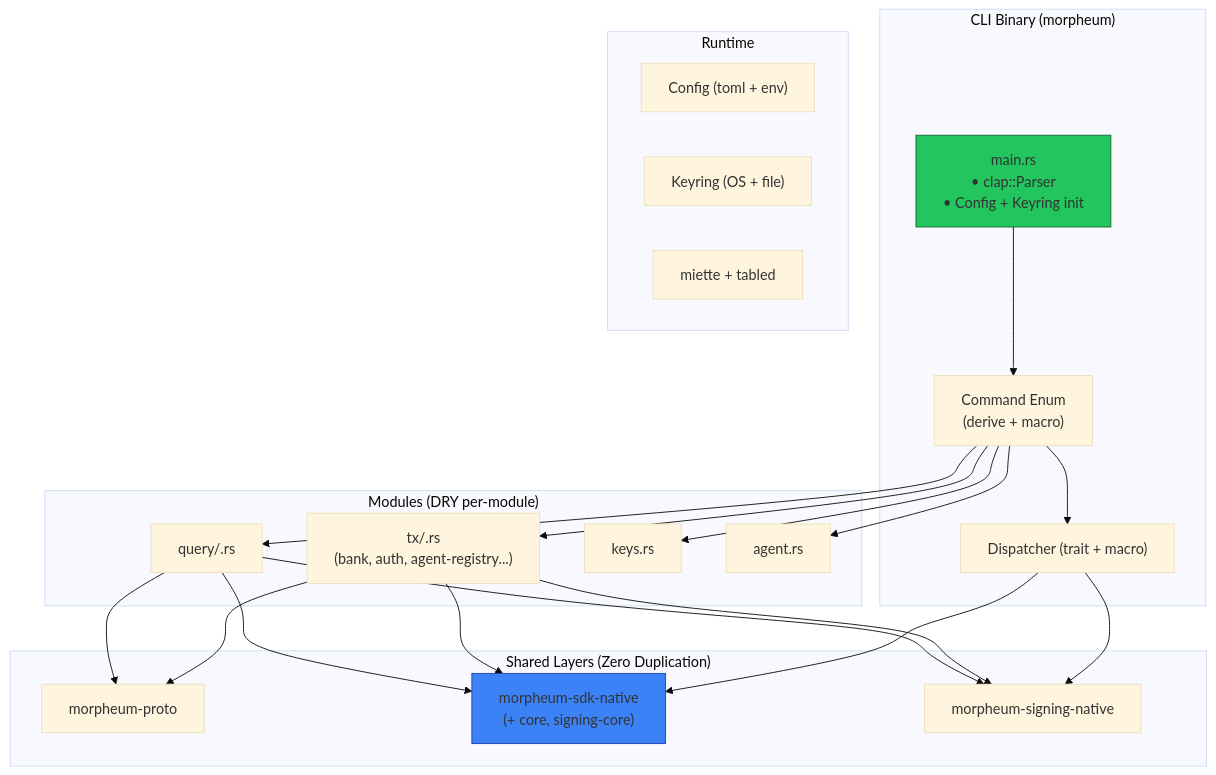
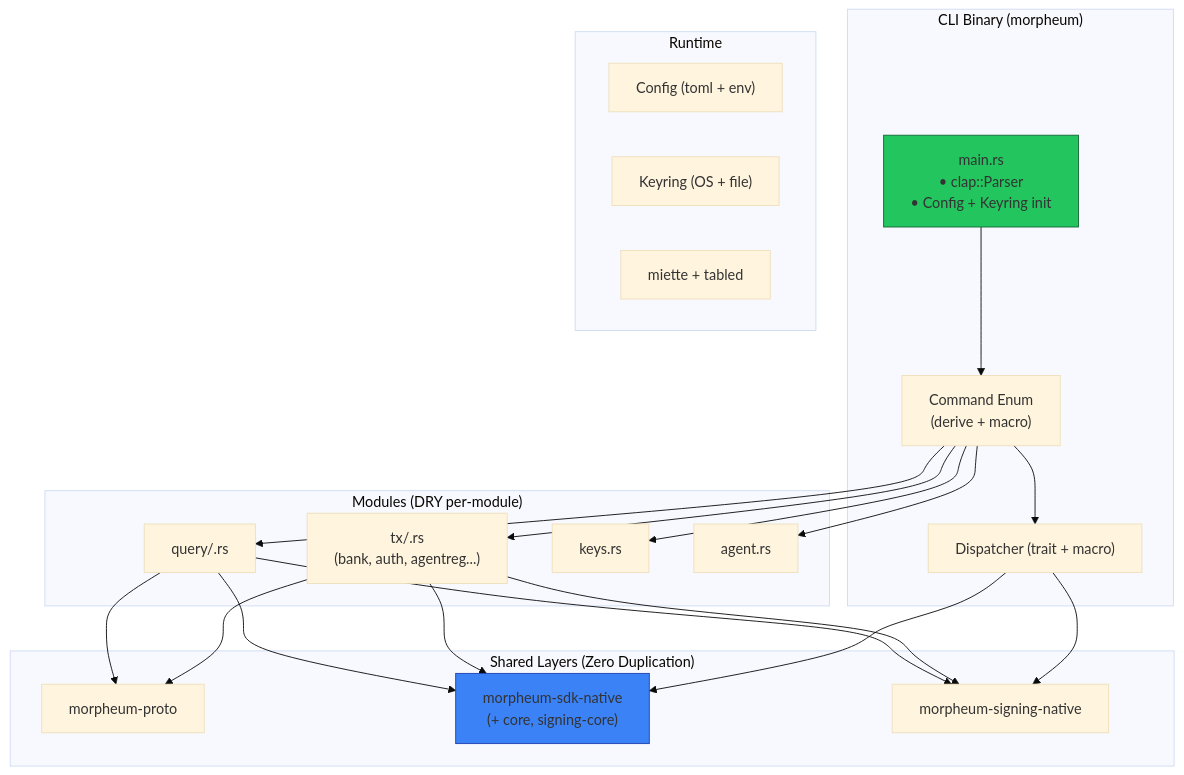
The first of 3 diagrams in architecture.md (morpheum-labs/morpheum-cli), drawn with Mermaid (base theme) before and after one commit. The commit also changed other lines of this file and 13 other files, not shown here.

````diff
--- a/architecture.md
+++ b/architecture.md
@@ -46,34 +46,34 @@
 ```mermaid
 graph TD
     subgraph "CLI Binary (morpheum)"
         Entry["main.rs<br/>• clap::Parser<br/>• Config + Keyring init"]
         Cmd["Command Enum<br/>(derive + macro)"]
         Dispatch["Dispatcher (trait + macro)"]
     end
 
     subgraph "Shared Layers (Zero Duplication)"
         P["morpheum-proto"]
         SDK["morpheum-sdk-native<br/>(+ core, signing-core)"]
         Sign["morpheum-signing-native"]
     end
 
     subgraph "Modules (DRY per-module)"
-        Tx["tx/<module>.rs<br/>(bank, auth, agent-registry...)"]
+        Tx["tx/<module>.rs<br/>(bank, auth, agentreg...)"]
         Query["query/<module>.rs"]
         Keys["keys.rs"]
         Agent["agent.rs"]
     end
 
     subgraph "Runtime"
         Config["Config (toml + env)"]
         Keyring["Keyring (OS + file)"]
         Output["miette + tabled"]
     end
 
     Entry --> Cmd --> Dispatch
     Cmd --> Tx & Query & Keys & Agent
     Dispatch --> SDK & Sign
     Tx & Query --> P & SDK & Sign
     style Entry fill:#22c55e,stroke:#166534
     style SDK fill:#3b82f6,stroke:#1e40af
 ```
````
